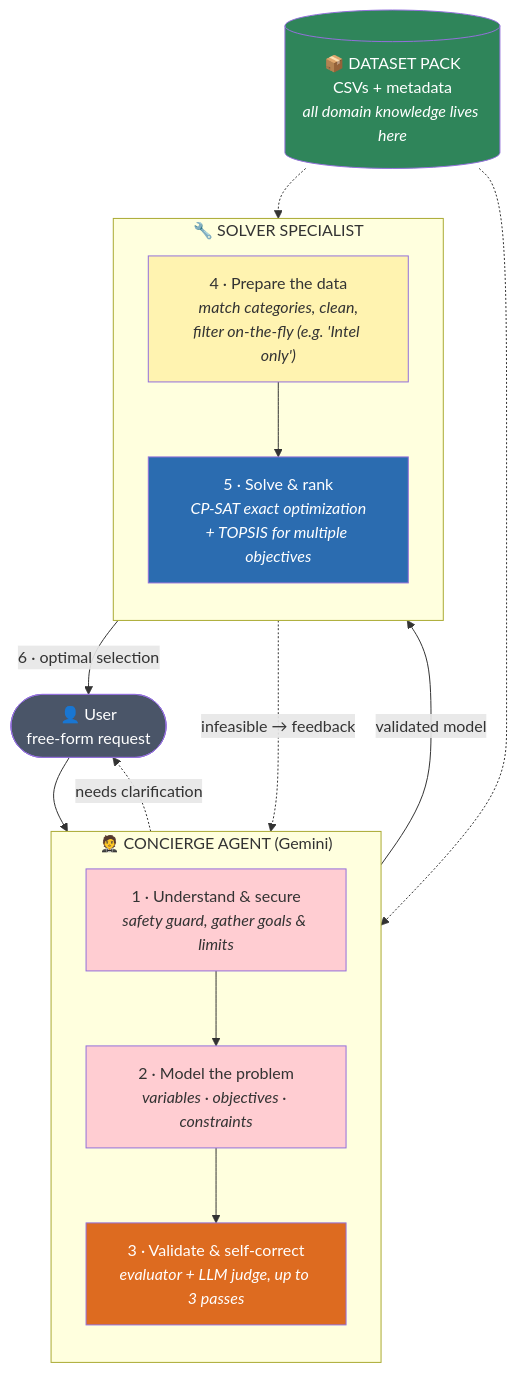
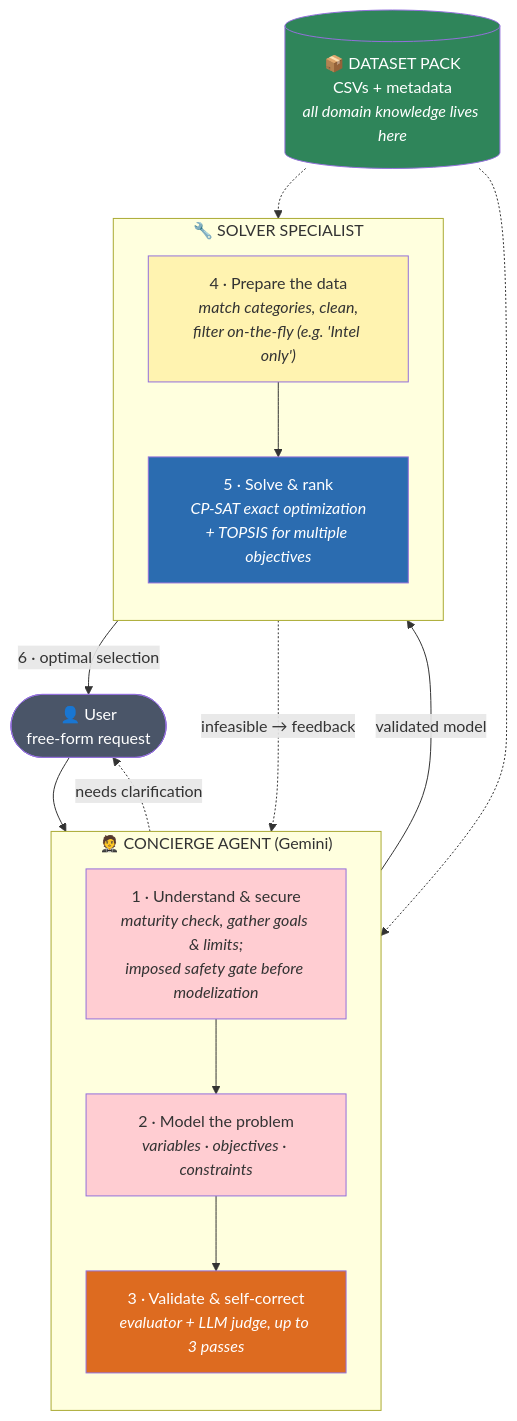
The diagram in specs/workflow-final-simple.md (ayushmorbar/OptiBuild), drawn with Mermaid before and after one commit. The commit also changed other lines of this file and 13 other files, not shown here.

First line of the commit message:
feat: impose safety gate and maturity check before the concierge loop

````diff
--- a/specs/workflow-final-simple.md
+++ b/specs/workflow-final-simple.md
@@ -10,35 +10,35 @@
 ```mermaid
 flowchart TB
     USER(["👤 User<br>free-form request"])
 
     subgraph CONCIERGE["🤵 CONCIERGE AGENT (Gemini)"]
         direction TB
-        S1["1 · Understand & secure<br><i>safety guard, gather goals & limits</i>"]
+        S1["1 · Understand & secure<br><i>maturity check, gather goals & limits;<br>imposed safety gate before modelization</i>"]
         S2["2 · Model the problem<br><i>variables · objectives · constraints</i>"]
         S3["3 · Validate & self-correct<br><i>evaluator + LLM judge, up to 3 passes</i>"]
     end
 
     subgraph SOLVER["🔧 SOLVER SPECIALIST"]
         direction TB
         S4["4 · Prepare the data<br><i>match categories, clean,<br>filter on-the-fly (e.g. 'Intel only')</i>"]
         S5["5 · Solve & rank<br><i>CP-SAT exact optimization<br>+ TOPSIS for multiple objectives</i>"]
     end
 
     PACK[("📦 DATASET PACK<br>CSVs + metadata<br><i>all domain knowledge lives here</i>")]
 
     USER --> S1 --> S2 --> S3
     S3 -- "validated model" --> S4 --> S5
     S5 -- "6 · optimal selection" --> USER
     S3 -. "needs clarification" .-> USER
     S5 -. "infeasible → feedback" .-> S2
     PACK -.-> S2
     PACK -.-> S4
 
     style USER fill:#4a5568,color:#fff
     style S1 fill:#FFCDD2
     style S2 fill:#FFCDD2
     style S3 fill:#dd6b20,color:#fff
     style S4 fill:#fff3b0
     style S5 fill:#2b6cb0,color:#fff
     style PACK fill:#2f855a,color:#fff
 ```
````
